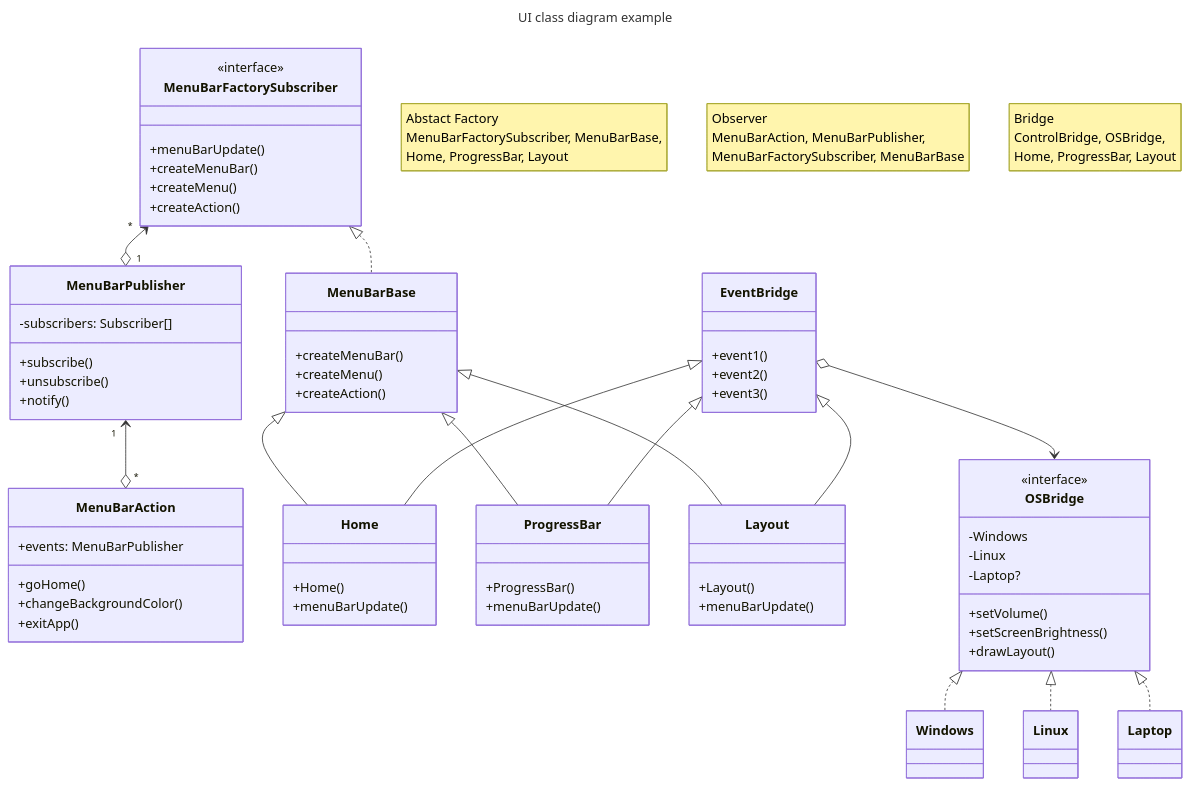
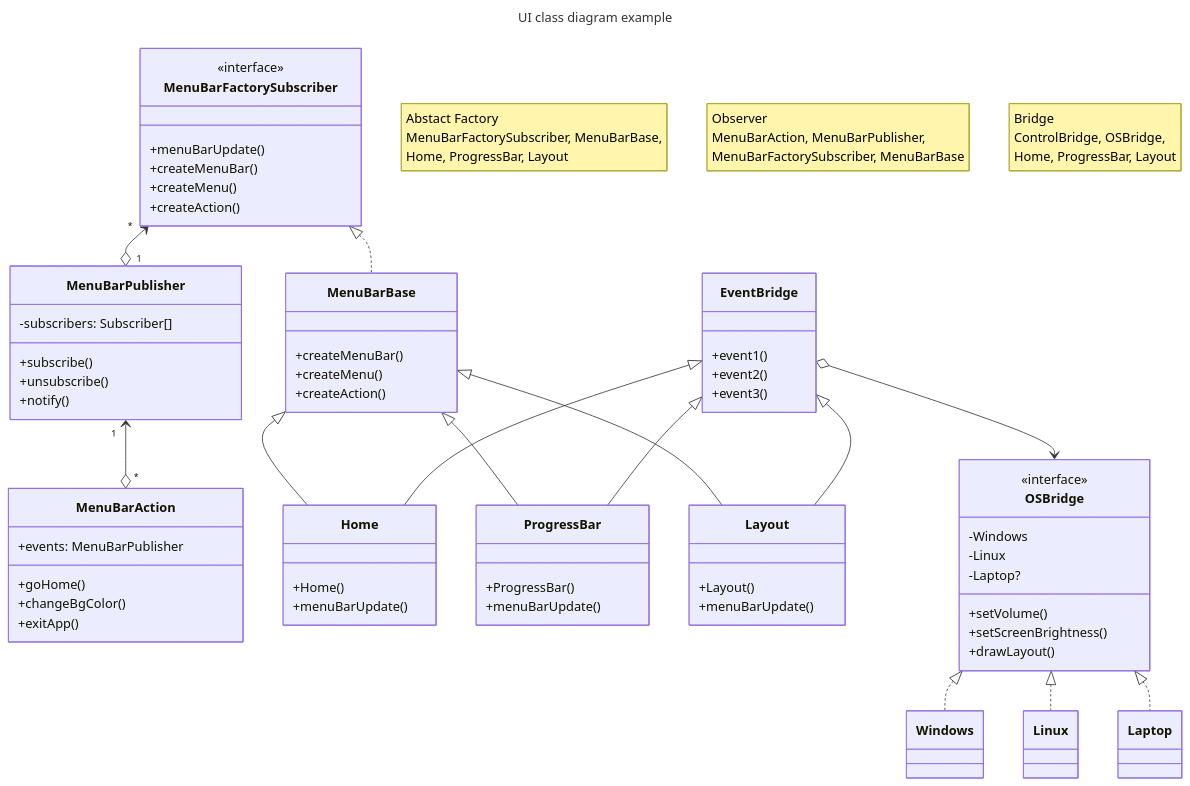
Before and after one commit to ssarl2/cpp-practice: the first of 2 diagrams in qt_ws/README.md, drawn with Mermaid. The commit also changed 6 other files, not shown here.

```diff
--- a/qt_ws/README.md
+++ b/qt_ws/README.md
@@ -97,7 +97,7 @@
     class MenuBarAction{
         +events: MenuBarPublisher
         +goHome()
-        +changeBackgroundColor()
+        +changeBgColor()
         +exitApp()
     }
     class MenuBarPublisher{
```
